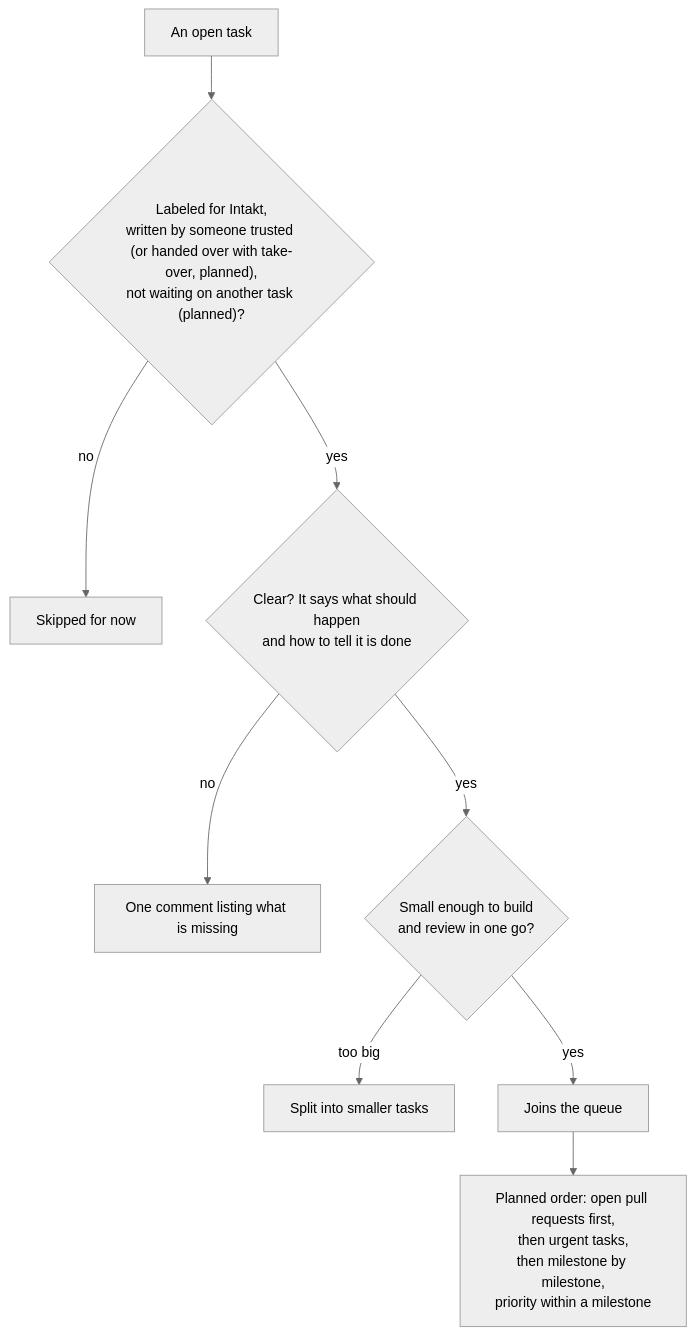
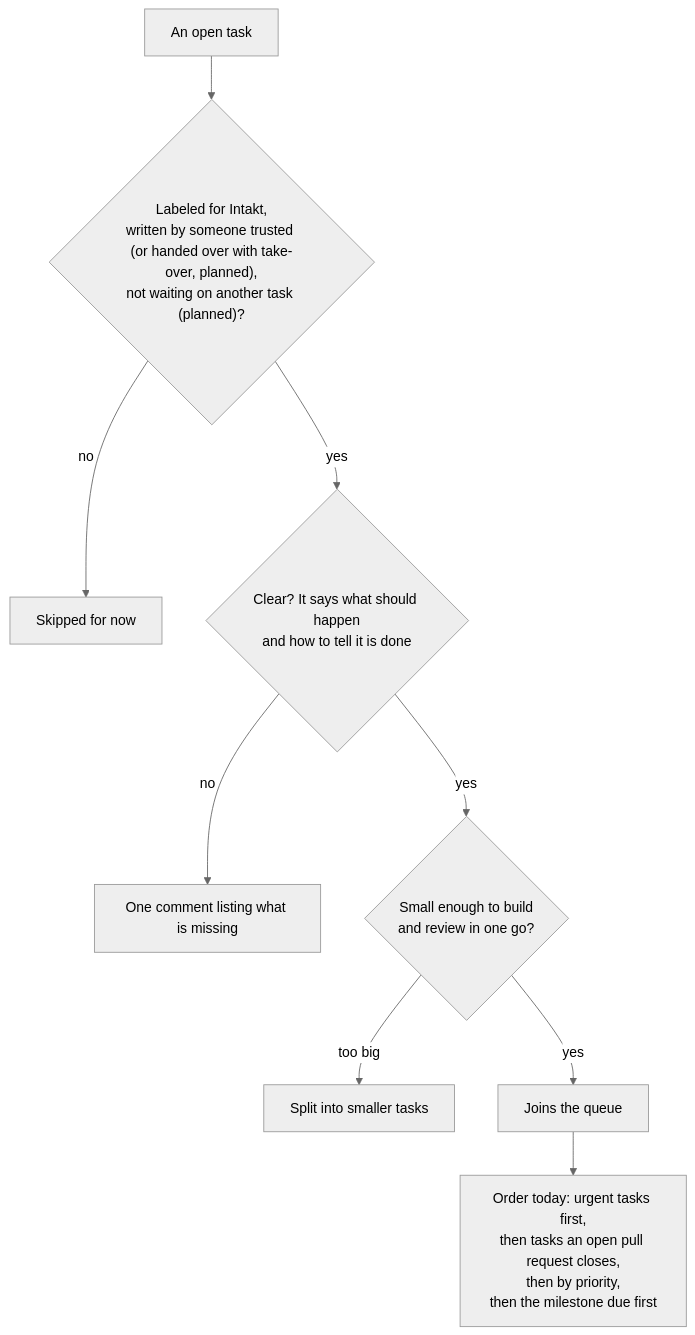
One commit to shinyredapples/intakt changed the second of 5 diagrams in docs/guide/the-journey-of-a-task.md. Above: the diagram before and after it, drawn with Mermaid (neutral theme). The commit also changed other lines of this file and 3 other files, not shown here.

Commit message:
docs(work-intake): describe today's queue order and the rework recheck of intakt:queue:show

````diff
--- a/docs/guide/the-journey-of-a-task.md
+++ b/docs/guide/the-journey-of-a-task.md
@@ -20,11 +20,11 @@
 ```mermaid
 flowchart TD
   t[An open task] --> e{"Labeled for Intakt,<br/>written by someone trusted (or handed over with take-over, planned),<br/>not waiting on another task (planned)?"}
   e -- no --> skip[Skipped for now]
   e -- yes --> r{Clear? It says what should happen<br/>and how to tell it is done}
   r -- no --> ask[One comment listing what is missing]
   r -- yes --> s{Small enough to build<br/>and review in one go?}
   s -- too big --> split[Split into smaller tasks]
   s -- yes --> q[Joins the queue]
-  q --> order[Planned order: open pull requests first,<br/>then urgent tasks,<br/>then milestone by milestone,<br/>priority within a milestone]
+  q --> order[Order today: urgent tasks first,<br/>then tasks an open pull request closes,<br/>then by priority,<br/>then the milestone due first]
 ```
````
